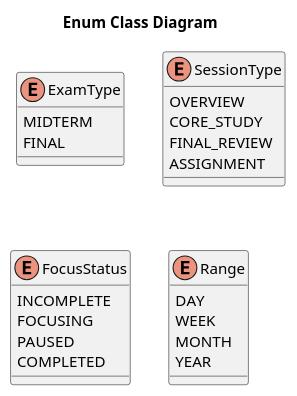
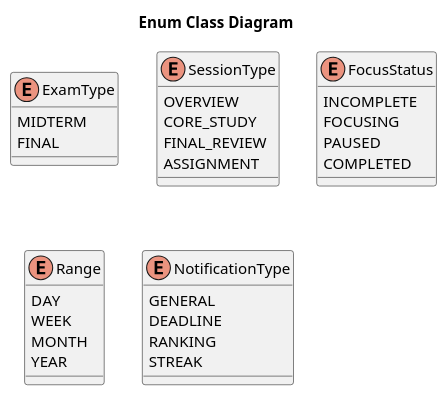
The diagram in enums.puml (keerati5003/PlanMate-Diagram), drawn with PlantUML before and after one commit.

Commit message:
add enum progress 3

```diff
--- a/enums.puml
+++ b/enums.puml
@@ -1,30 +1,37 @@
 @startuml
 title Enum Class Diagram
 
 enum ExamType {
     MIDTERM
     FINAL
 }
 
 enum SessionType {
     OVERVIEW
     CORE_STUDY
     FINAL_REVIEW
     ASSIGNMENT
 }
 
 enum FocusStatus {
     INCOMPLETE   
     FOCUSING
     PAUSED
     COMPLETED    
 }
 
 enum Range {
     DAY
     WEEK
     MONTH
     YEAR
 }
 
+enum NotificationType {
+    GENERAL
+    DEADLINE
+    RANKING
+    STREAK
+}
+
 @enduml
```
